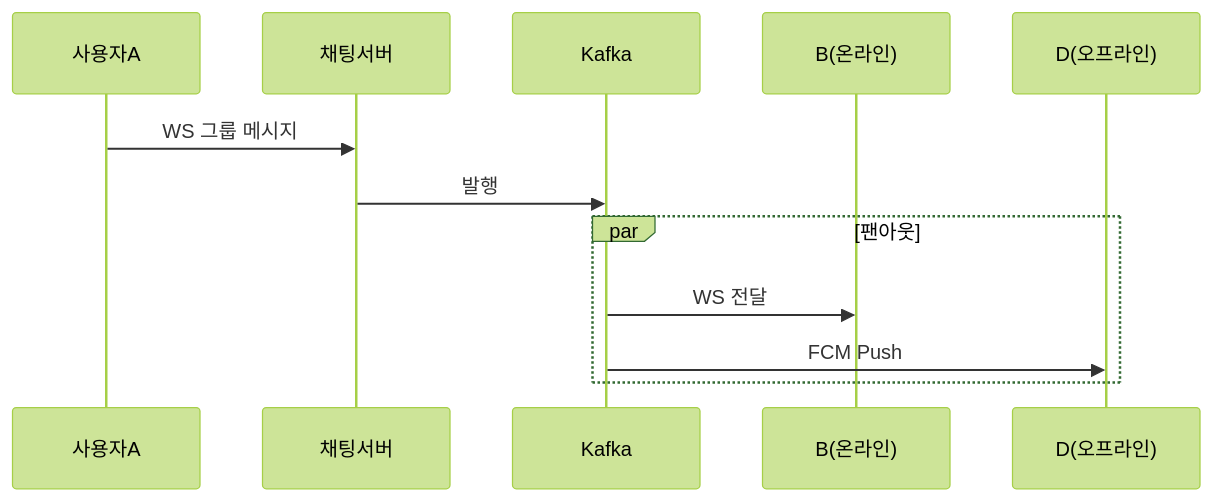
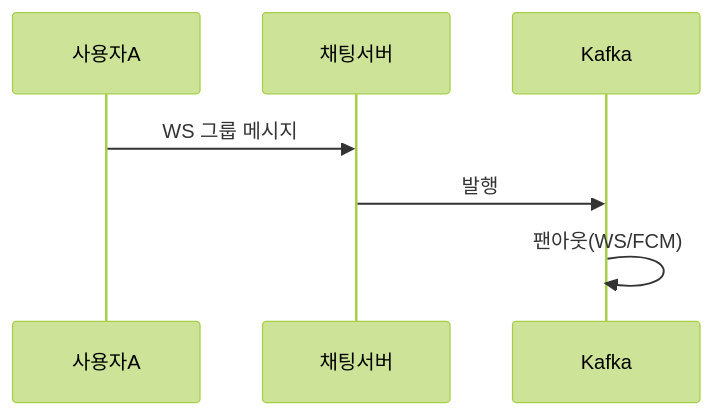
Before and after one commit to yjkim2015/yjkim2015.github.io: the eighth of 9 diagrams in _posts/systemdesign/2026-05-02-system-design-chat.md, drawn with Mermaid (forest theme). The commit also changed other lines of this file and 155 other files, not shown here.

First line of the commit message:
Mermaid 전면 수정: subgraph 제거, participant/노드/줄수 축소 (342블록)

````diff
--- a/_posts/systemdesign/2026-05-02-system-design-chat.md
+++ b/_posts/systemdesign/2026-05-02-system-design-chat.md
@@ -355,14 +344,9 @@
 ```mermaid
 sequenceDiagram
     participant A as 사용자A
     participant S1 as 채팅서버
     participant K as Kafka
-    participant B as B(온라인)
-    participant D as D(오프라인)
     A->>S1: WS 그룹 메시지
     S1->>K: 발행
-    par 팬아웃
-        K->>B: WS 전달
-        K->>D: FCM Push
-    end
+    K->>K: 팬아웃(WS/FCM)
 ```
````
